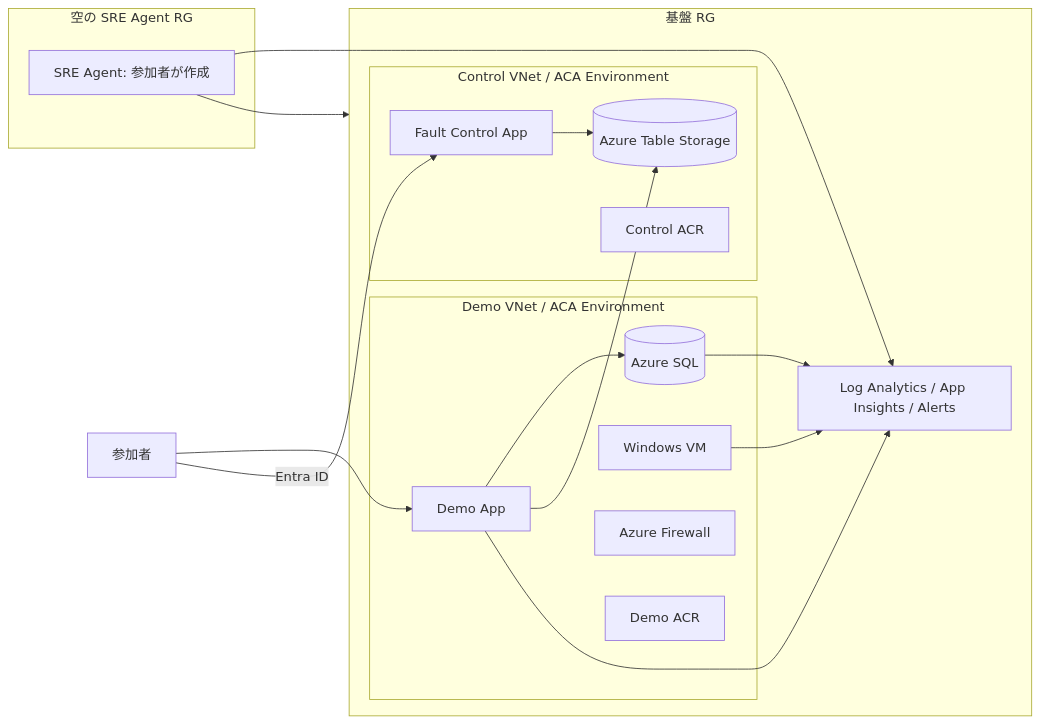
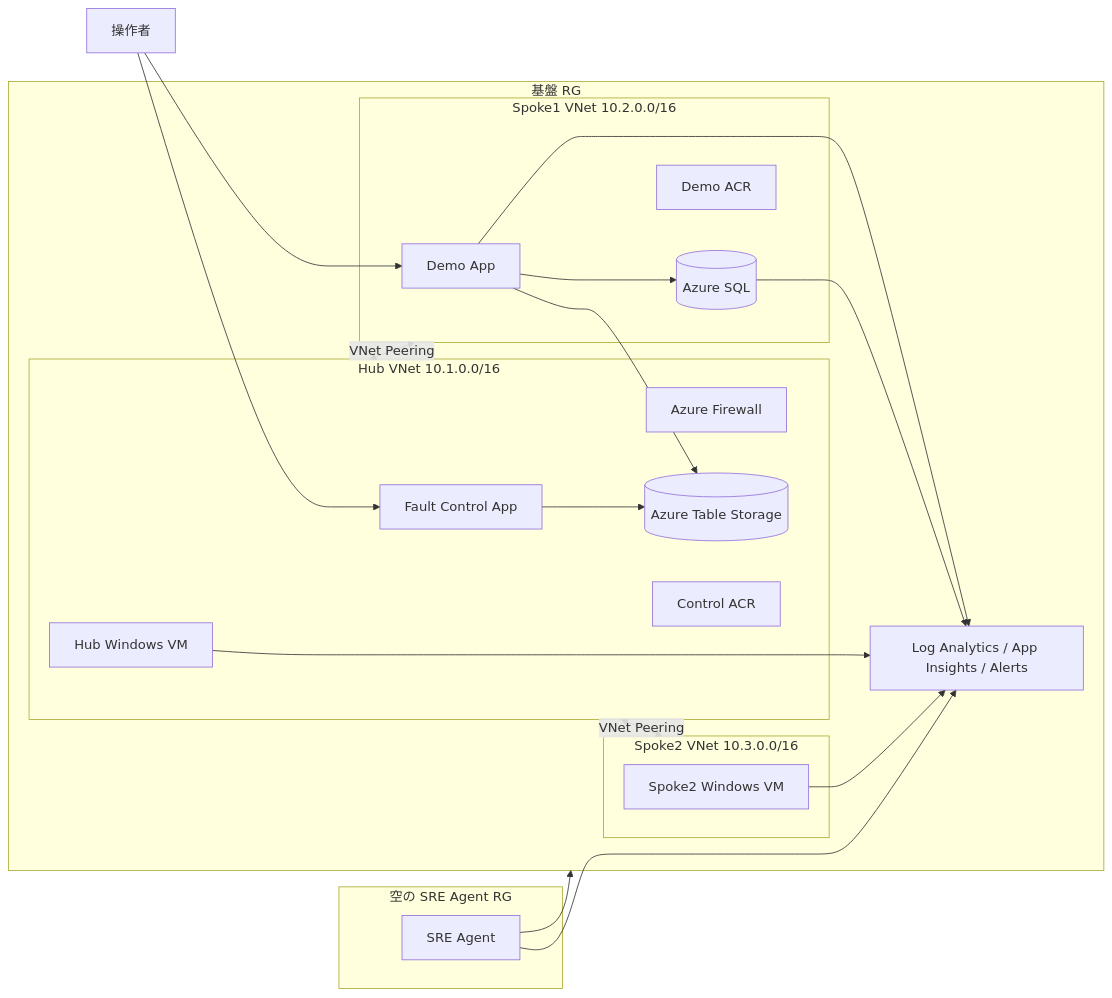
Before and after one commit to kzk839/SreAgentDemos-: the diagram in README.md, drawn with Mermaid. The commit also changed other lines of this file and 18 other files, not shown here.

Commit message:
refactor: simplify control plane access

````diff
--- a/README.md
+++ b/README.md
@@ -31,33 +31,39 @@
 ```mermaid
 flowchart LR
-  User[参加者]
+  User[操作者]
   subgraph InfraRG[基盤 RG]
-    subgraph DemoPlane[Demo VNet / ACA Environment]
-      Demo[Demo App]
-      SQL[(Azure SQL)]
-      VM[Windows VM]
+    subgraph Hub[Hub VNet 10.1.0.0/16]
+      HubVM[Hub Windows VM]
       FW[Azure Firewall]
-      DemoACR[Demo ACR]
-    end
-    subgraph ControlPlane[Control VNet / ACA Environment]
       Control[Fault Control App]
       State[(Azure Table Storage)]
       ControlACR[Control ACR]
     end
+    subgraph Spoke1[Spoke1 VNet 10.2.0.0/16]
+      Demo[Demo App]
+      SQL[(Azure SQL)]
+      DemoACR[Demo ACR]
+    end
+    subgraph Spoke2[Spoke2 VNet 10.3.0.0/16]
+      Spoke2VM[Spoke2 Windows VM]
+    end
     Monitor[Log Analytics / App Insights / Alerts]
   end
   subgraph AgentRG[空の SRE Agent RG]
-    Agent[SRE Agent: 参加者が作成]
+    Agent[SRE Agent]
   end
 
   User --> Demo
-  User -->|Entra ID| Control
+  User --> Control
+  Hub <-->|VNet Peering| Spoke1
+  Hub <-->|VNet Peering| Spoke2
   Demo --> SQL
   Demo --> State
   Control --> State
   Demo --> Monitor
   SQL --> Monitor
-  VM --> Monitor
+  HubVM --> Monitor
+  Spoke2VM --> Monitor
   Agent --> Monitor
   Agent --> InfraRG
 ```
````
